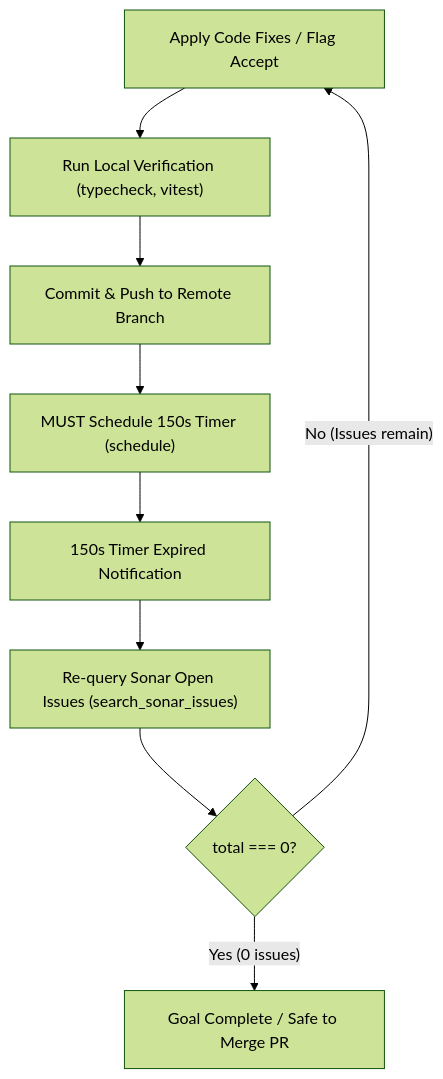
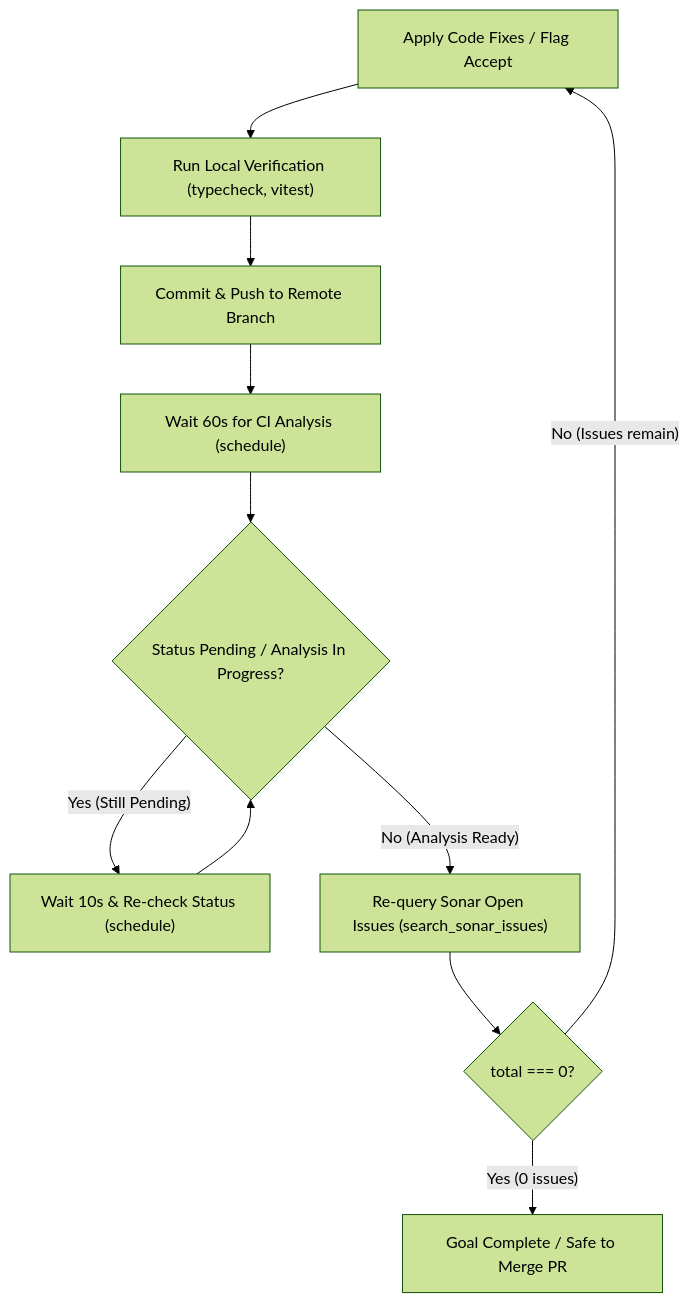
One commit to loerei/YumeShelf changed the diagram in .agents/skills/sonar-remediation/SKILL.md. Above: the diagram before and after it, drawn with Mermaid (forest theme). The commit also changed other lines of this file and 114 other files, not shown here.

````diff
--- a/.agents/skills/sonar-remediation/SKILL.md
+++ b/.agents/skills/sonar-remediation/SKILL.md
@@ -69,11 +48,12 @@
 ```mermaid
 flowchart TD
     ApplyChanges["Apply Code Fixes / Flag Accept"] --> LocalVerify["Run Local Verification (typecheck, vitest)"]
     LocalVerify --> CommitPush["Commit & Push to Remote Branch"]
-    CommitPush --> ScheduleTimer["MUST Schedule 150s Timer (schedule)"]
-    ScheduleTimer --> TimerExpire["150s Timer Expired Notification"]
-    TimerExpire --> ReQuery["Re-query Sonar Open Issues (search_sonar_issues)"]
+    CommitPush --> Wait60s["Wait 60s for CI Analysis (schedule)"]
+    Wait60s --> CheckPending{"Status Pending / Analysis In Progress?"}
+    CheckPending -->|"Yes (Still Pending)"| Poll10s["Wait 10s & Re-check Status (schedule)"] --> CheckPending
+    CheckPending -->|"No (Analysis Ready)"| ReQuery["Re-query Sonar Open Issues (search_sonar_issues)"]
     ReQuery --> CheckZero{"total === 0?"}
     CheckZero -->|"No (Issues remain)"| ApplyChanges
     CheckZero -->|"Yes (0 issues)"| Complete["Goal Complete / Safe to Merge PR"]
 ```
````
